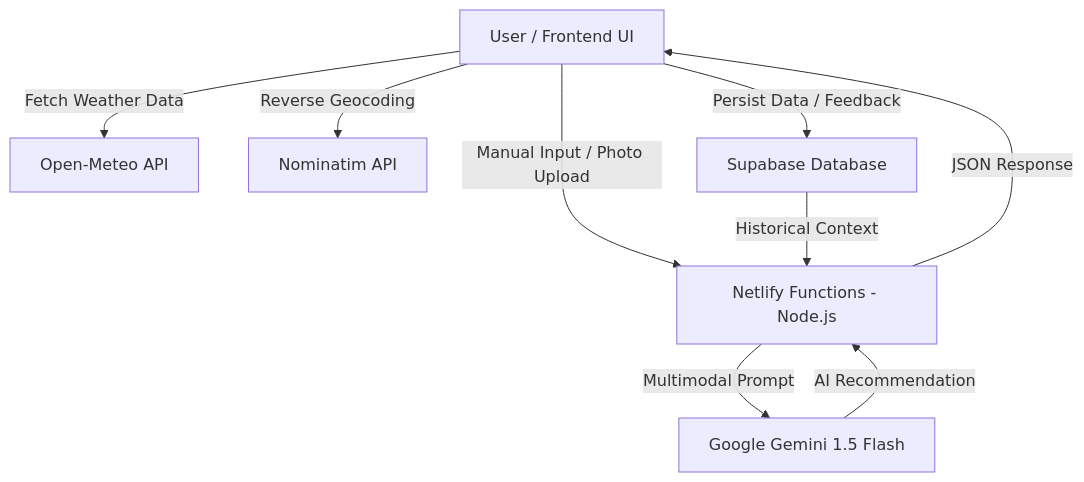
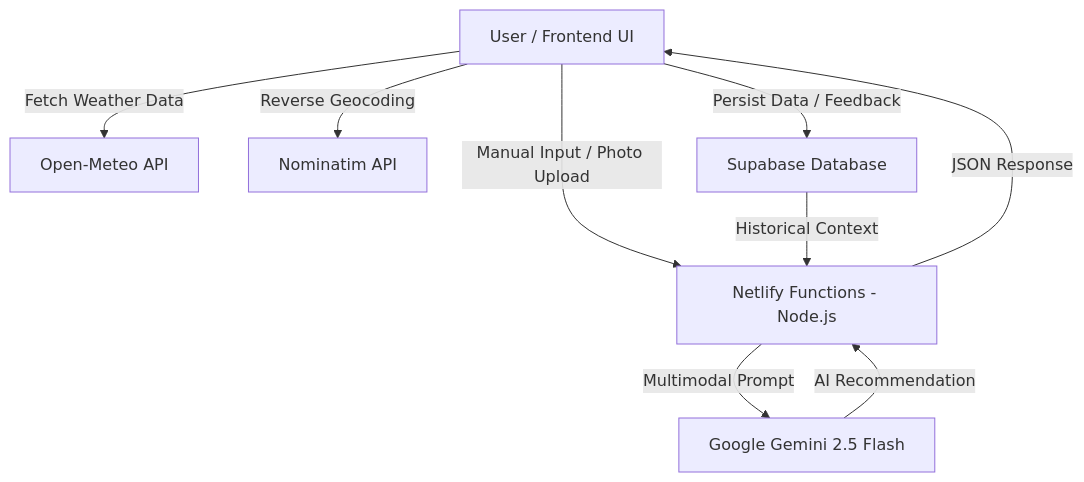
One commit to Ang3lhack/Proyectfin changed the diagram in README.md. Above: the diagram before and after it, drawn with Mermaid.

````diff
--- a/README.md
+++ b/README.md
@@ -44,15 +44,15 @@
 ```mermaid
 graph TD
     A[User / Frontend UI] -->|Manual Input / Photo Upload| B[Netlify Functions - Node.js]
 
     A -->|Fetch Weather Data| C[Open-Meteo API]
     A -->|Reverse Geocoding| D[Nominatim API]
 
-    B -->|Multimodal Prompt| E[Google Gemini 1.5 Flash]
+    B -->|Multimodal Prompt| E[Google Gemini 2.5 Flash]
     E -->|AI Recommendation| B
 
     B -->|JSON Response| A
 
     A -->|Persist Data / Feedback| F[Supabase Database]
     F -->|Historical Context| B
 ```
````
